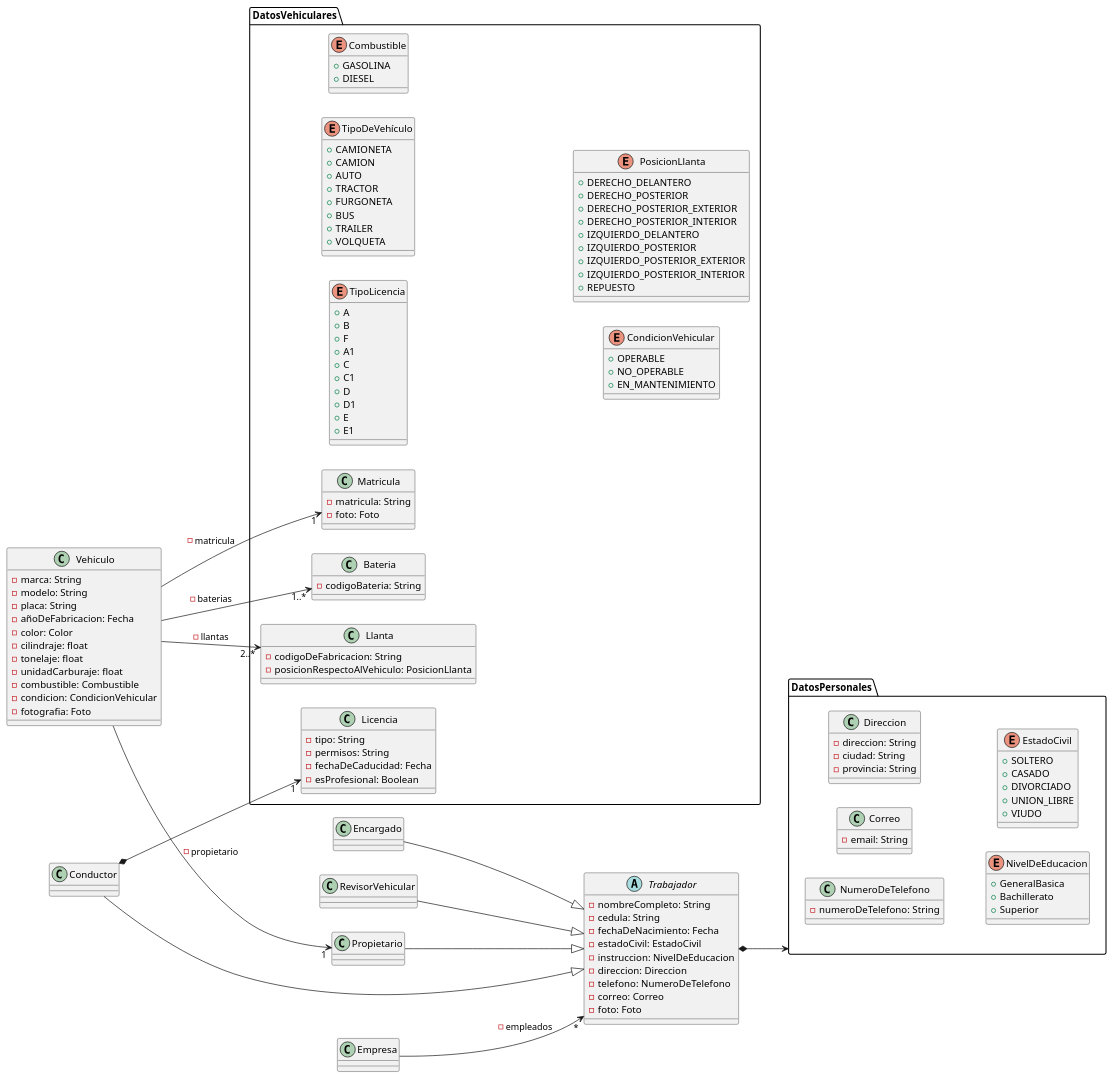
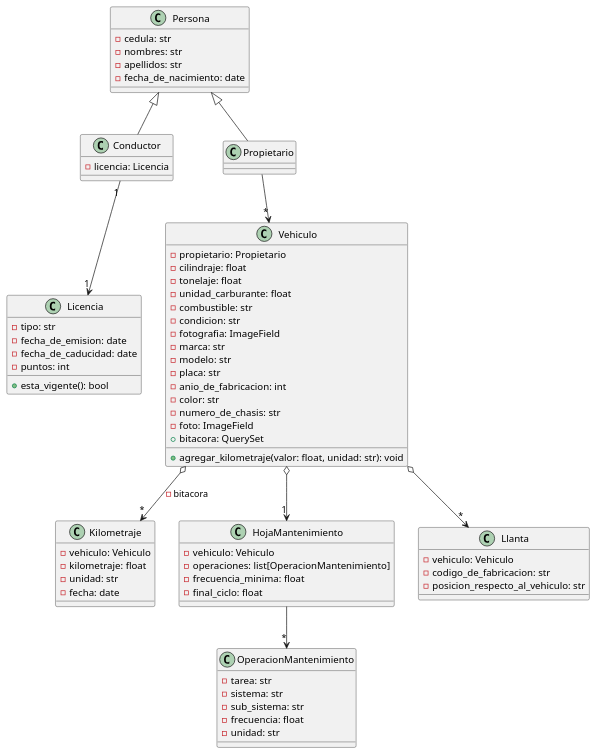
One commit to xeland314/acv_system changed the diagram in docs/diagrama.puml. Above: the diagram before and after it, drawn with PlantUML. The commit also changed 10 other files, not shown here.

```diff
--- a/docs/diagrama.puml
+++ b/docs/diagrama.puml
@@ -1,153 +1,82 @@
-@startuml clases
+@startuml vehiculos
 
-skinparam groupInheritance 3
-left to right direction
-
-class Empresa {
-
+class Persona {
+    - cedula: str
+    - nombres: str
+    - apellidos: str
+    - fecha_de_nacimiento: date
 }
 
-package DatosPersonales {
-    class NumeroDeTelefono {
-        - numeroDeTelefono: String
-    }
-    class Correo {
-        - email: String
-    }
-    class Direccion {
-        - direccion: String
-        - ciudad: String
-        - provincia: String
-    }
-    enum NivelDeEducacion {
-        + GeneralBasica
-        + Bachillerato
-        + Superior
-    }
-    enum EstadoCivil {
-        + SOLTERO
-        + CASADO
-        + DIVORCIADO
-        + UNION_LIBRE
-        + VIUDO
-    }
-}
-
-package DatosVehiculares {
-    enum TipoLicencia {
-        + A
-        + B
-        + F
-        + A1
-        + C
-        + C1
-        + D
-        + D1
-        + E
-        + E1
-    }
-    class Licencia {
-        - tipo: String
-        - permisos: String
-        - fechaDeCaducidad: Fecha
-        - esProfesional: Boolean
-    }
-    class Matricula {
-        - matricula: String
-        - foto: Foto
-    }
-    enum TipoDeVehículo {
-        + CAMIONETA
-        + CAMION
-        + AUTO
-        + TRACTOR
-        + FURGONETA
-        + BUS
-        + TRAILER
-        + VOLQUETA
-    }
-    enum Combustible {
-        + GASOLINA
-        + DIESEL
-    }
-    enum CondicionVehicular {
-        + OPERABLE
-        + NO_OPERABLE
-        + EN_MANTENIMIENTO
-    }
-    enum PosicionLlanta {
-        + DERECHO_DELANTERO
-        + DERECHO_POSTERIOR
-        + DERECHO_POSTERIOR_EXTERIOR
-        + DERECHO_POSTERIOR_INTERIOR
-        + IZQUIERDO_DELANTERO
-        + IZQUIERDO_POSTERIOR
-        + IZQUIERDO_POSTERIOR_EXTERIOR
-        + IZQUIERDO_POSTERIOR_INTERIOR
-        + REPUESTO
-    }
-    class Llanta {
-        - codigoDeFabricacion: String
-        - posicionRespectoAlVehiculo: PosicionLlanta
-    }
-    class Bateria {
-        - codigoBateria: String
-    }
-}
-
-abstract class Trabajador {
-    - nombreCompleto: String
-    - cedula: String
-    - fechaDeNacimiento: Fecha
-    - estadoCivil: EstadoCivil
-    - instruccion: NivelDeEducacion
-    - direccion: Direccion
-    - telefono: NumeroDeTelefono
-    - correo: Correo
-    - foto: Foto
-}
-
-class Encargado {
-
-}
-
-class RevisorVehicular {
-
+class Licencia {
+    - tipo: str
+    - fecha_de_emision: date
+    - fecha_de_caducidad: date
+    - puntos: int
+    + esta_vigente(): bool
 }
 
 class Conductor {
+    - licencia: Licencia
+}
 
+class Kilometraje {
+    - vehiculo: Vehiculo
+    - kilometraje: float
+    - unidad: str
+    - fecha: date
+}
+
+class Vehiculo {
+    - propietario: Propietario
+    - cilindraje: float
+    - tonelaje: float
+    - unidad_carburante: float
+    - combustible: str
+    - condicion: str
+    - fotografia: ImageField
+    - marca: str
+    - modelo: str
+    - placa: str
+    - anio_de_fabricacion: int
+    - color: str
+    - numero_de_chasis: str
+    - foto: ImageField
+    + agregar_kilometraje(valor: float, unidad: str): void
+    + bitacora: QuerySet
 }
 
 class Propietario {
 
 }
 
-Empresa --> "*" Trabajador: - empleados
-Trabajador *--> DatosPersonales
-Encargado --|> Trabajador
-RevisorVehicular --|> Trabajador
-Conductor --|> Trabajador
-Propietario --|> Trabajador
-
-Conductor *--> "1" Licencia
-
-class Vehiculo {
-    - marca: String
-    - modelo: String
-    - placa: String
-    - añoDeFabricacion: Fecha
-    - color: Color
-    - cilindraje: float
-    - tonelaje: float
-    - unidadCarburaje: float
-    - combustible: Combustible
-    - condicion: CondicionVehicular
-    - fotografia: Foto
+class OperacionMantenimiento {
+    - tarea: str
+    - sistema: str
+    - sub_sistema: str
+    - frecuencia: float
+    - unidad: str
 }
 
-Vehiculo --> "2..*" Llanta: - llantas
-Vehiculo --> "1" Matricula: - matricula
-Vehiculo --> "1" Propietario: - propietario
-Vehiculo --> "1..*" Bateria: - baterias
+class HojaMantenimiento {
+    - vehiculo: Vehiculo
+    - operaciones: list[OperacionMantenimiento]
+    - frecuencia_minima: float
+    - final_ciclo: float
+}
+
+class Llanta {
+    - vehiculo: Vehiculo
+    - codigo_de_fabricacion: str
+    - posicion_respecto_al_vehiculo: str
+}
+
+Persona <|-- Conductor
+Persona <|-- Propietario
+Conductor "1" --> "1" Licencia
+Vehiculo o--> "*" Kilometraje : - bitacora
+Vehiculo o--> "*" Llanta
+Vehiculo o--> "1" HojaMantenimiento
+HojaMantenimiento --> "*" OperacionMantenimiento
+Propietario --> "*" Vehiculo
+
 @enduml
```
